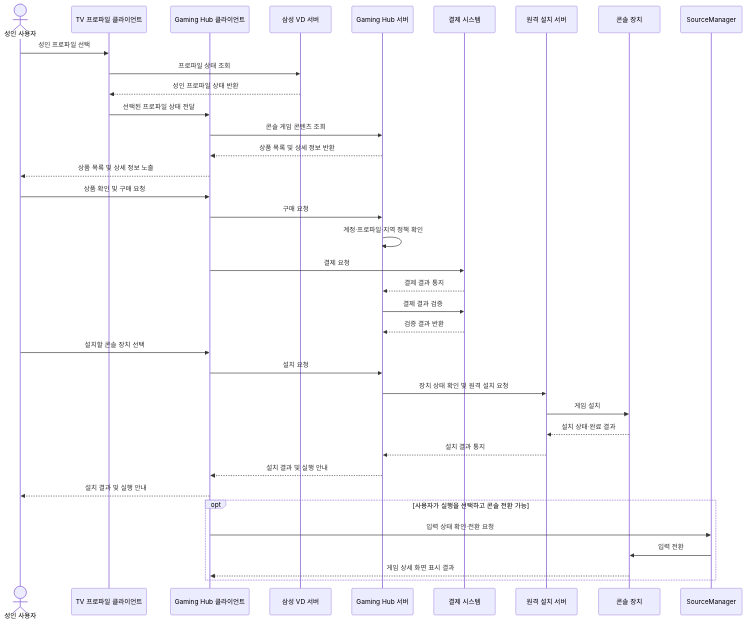
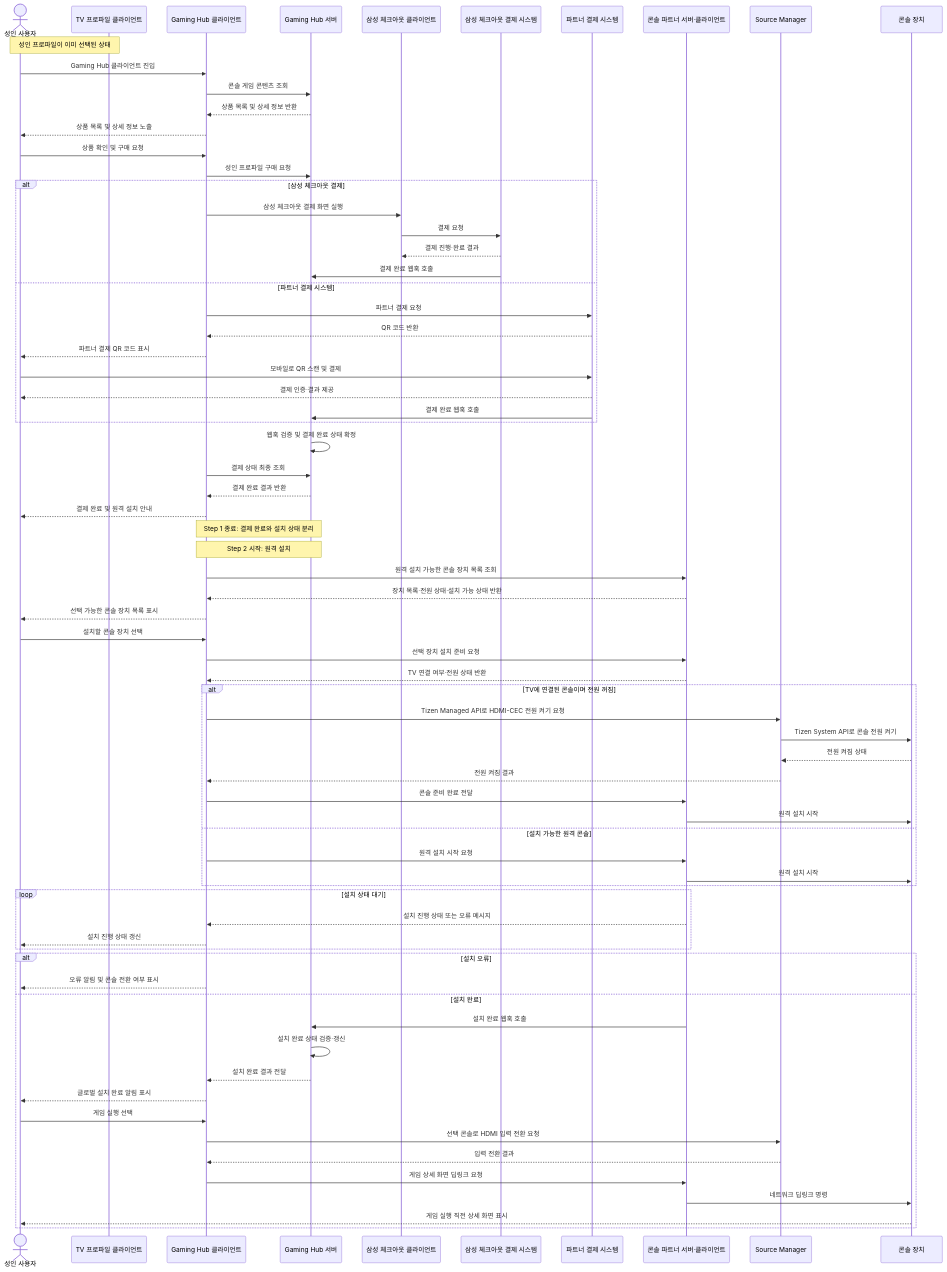
The second of 5 diagrams in docs/decision-point-2-architecture.md (seock04/gaming-hub-console-content), drawn with Mermaid before and after one commit.

Commit message:
Expand adult profile purchase and install flow

````diff
--- a/docs/decision-point-2-architecture.md
+++ b/docs/decision-point-2-architecture.md
@@ -101,39 +101,75 @@
 ```mermaid
 sequenceDiagram
     actor User as 성인 사용자
     participant Profile as TV 프로파일 클라이언트
     participant HubClient as Gaming Hub 클라이언트
-    participant VD as 삼성 VD 서버
     participant Hub as Gaming Hub 서버
-    participant Pay as 결제 시스템
-    participant Install as 원격 설치 서버
+    participant CheckoutClient as 삼성 체크아웃 클라이언트
+    participant CheckoutServer as 삼성 체크아웃 결제 시스템
+    participant PartnerPay as 파트너 결제 시스템
+    participant Partner as 콘솔 파트너 서버·클라이언트
+    participant SourceManager as Source Manager
     participant Console as 콘솔 장치
 
-    User->>Profile: 성인 프로파일 선택
-    Profile->>VD: 프로파일 상태 조회
-    VD-->>Profile: 성인 프로파일 상태 반환
-    Profile->>HubClient: 선택된 프로파일 상태 전달
+    Note over User,Profile: 성인 프로파일이 이미 선택된 상태
+    User->>HubClient: Gaming Hub 클라이언트 진입
     HubClient->>Hub: 콘솔 게임 콘텐츠 조회
     Hub-->>HubClient: 상품 목록 및 상세 정보 반환
     HubClient-->>User: 상품 목록 및 상세 정보 노출
     User->>HubClient: 상품 확인 및 구매 요청
-    HubClient->>Hub: 구매 요청
-    Hub->>Hub: 계정·프로파일·지역 정책 확인
-    HubClient->>Pay: 결제 요청
-    Pay-->>Hub: 결제 결과 통지
-    Hub->>Pay: 결제 결과 검증
-    Pay-->>Hub: 검증 결과 반환
+    HubClient->>Hub: 성인 프로파일 구매 요청
+    alt 삼성 체크아웃 결제
+        HubClient->>CheckoutClient: 삼성 체크아웃 결제 화면 실행
+        CheckoutClient->>CheckoutServer: 결제 요청
+        CheckoutServer-->>CheckoutClient: 결제 진행·완료 결과
+        CheckoutServer->>Hub: 결제 완료 웹훅 호출
+    else 파트너 결제 시스템
+        HubClient->>PartnerPay: 파트너 결제 요청
+        PartnerPay-->>HubClient: QR 코드 반환
+        HubClient-->>User: 파트너 결제 QR 코드 표시
+        User->>PartnerPay: 모바일로 QR 스캔 및 결제
+        PartnerPay-->>User: 결제 인증·결과 제공
+        PartnerPay->>Hub: 결제 완료 웹훅 호출
+    end
+    Hub->>Hub: 웹훅 검증 및 결제 완료 상태 확정
+    HubClient->>Hub: 결제 상태 최종 조회
+    Hub-->>HubClient: 결제 완료 결과 반환
+    HubClient-->>User: 결제 완료 및 원격 설치 안내
+    Note over Hub,HubClient: Step 1 종료: 결제 완료와 설치 상태 분리
+    Note over Hub,HubClient: Step 2 시작: 원격 설치
+    HubClient->>Partner: 원격 설치 가능한 콘솔 장치 목록 조회
+    Partner-->>HubClient: 장치 목록·전원 상태·설치 가능 상태 반환
+    HubClient-->>User: 선택 가능한 콘솔 장치 목록 표시
     User->>HubClient: 설치할 콘솔 장치 선택
-    HubClient->>Hub: 설치 요청
-    Hub->>Install: 장치 상태 확인 및 원격 설치 요청
-    Install->>Console: 게임 설치
-    Console-->>Install: 설치 상태·완료 결과
-    Install-->>Hub: 설치 결과 통지
-    Hub-->>HubClient: 설치 결과 및 실행 안내
-    HubClient-->>User: 설치 결과 및 실행 안내
-    opt 사용자가 실행을 선택하고 콘솔 전환 가능
-        HubClient->>SourceManager: 입력 상태 확인·전환 요청
-        SourceManager->>Console: 입력 전환
-        Console-->>HubClient: 게임 상세 화면 표시 결과
+    HubClient->>Partner: 선택 장치 설치 준비 요청
+    Partner-->>HubClient: TV 연결 여부·전원 상태 반환
+    alt TV에 연결된 콘솔이며 전원 꺼짐
+        HubClient->>SourceManager: Tizen Managed API로 HDMI-CEC 전원 켜기 요청
+        SourceManager->>Console: Tizen System API로 콘솔 전원 켜기
+        Console-->>SourceManager: 전원 켜짐 상태
+        SourceManager-->>HubClient: 전원 켜짐 결과
+        HubClient->>Partner: 콘솔 준비 완료 전달
+        Partner->>Console: 원격 설치 시작
+    else 설치 가능한 원격 콘솔
+        HubClient->>Partner: 원격 설치 시작 요청
+        Partner->>Console: 원격 설치 시작
+    end
+    loop 설치 상태 대기
+        Partner-->>HubClient: 설치 진행 상태 또는 오류 메시지
+        HubClient-->>User: 설치 진행 상태 갱신
+    end
+    alt 설치 오류
+        HubClient-->>User: 오류 알림 및 콘솔 전환 여부 표시
+    else 설치 완료
+        Partner->>Hub: 설치 완료 웹훅 호출
+        Hub->>Hub: 설치 완료 상태 검증·갱신
+        Hub-->>HubClient: 설치 완료 결과 전달
+        HubClient-->>User: 글로벌 설치 완료 알림 표시
+        User->>HubClient: 게임 실행 선택
+        HubClient->>SourceManager: 선택 콘솔로 HDMI 입력 전환 요청
+        SourceManager-->>HubClient: 입력 전환 결과
+        HubClient->>Partner: 게임 상세 화면 딥링크 요청
+        Partner->>Console: 네트워크 딥링크 명령
+        Console-->>User: 게임 실행 직전 상세 화면 표시
     end
 ```
````
